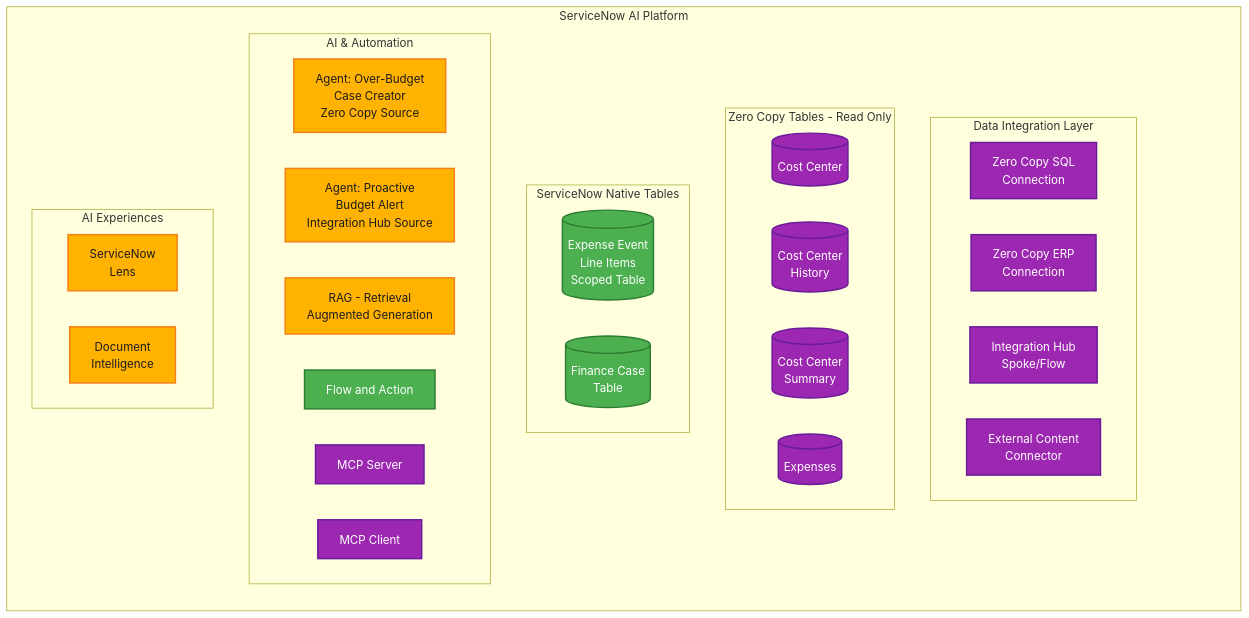
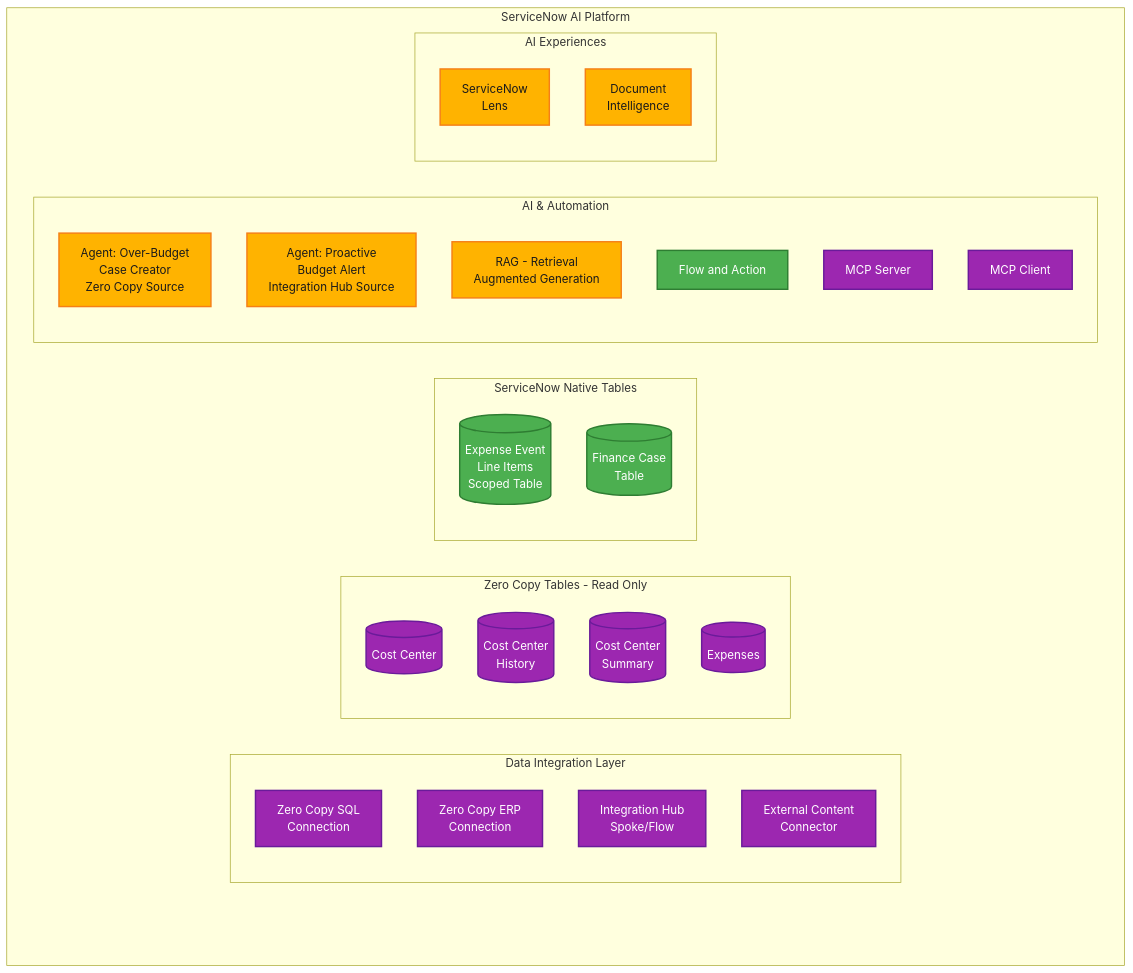
Before and after one commit to leojacinto/WorkflowDataFabric-TypeA: the third of 4 diagrams in data-and-flow-diagrams.md, drawn with Mermaid. The commit also changed other lines of this file, not shown here.

````diff
--- a/data-and-flow-diagrams.md
+++ b/data-and-flow-diagrams.md
@@ -61,55 +61,55 @@
 ```mermaid
-graph LR
+graph TB
     subgraph "ServiceNow AI Platform"
         spacer[ ]:::hidden
         subgraph "Data Integration Layer"
             ZeroCopySQL[Zero Copy SQL<br/>Connection]
             ZeroCopyERP[Zero Copy ERP<br/>Connection]
             IntHub[Integration Hub<br/>Spoke/Flow]
             ExtContent[External Content<br/>Connector]
         end
 
         subgraph "Zero Copy Tables - Read Only"
             ZCCC[(Cost Center)]
             ZCCH[(Cost Center</br>History)]
             ZCCS[(Cost Center</br>Summary)]
             ZCExp[(Expenses)]
         end
 
         subgraph "ServiceNow Native Tables"
             ExpenseTable[(Expense Event<br/>Line Items<br/>Scoped Table)]
             FinCase[(Finance Case<br/>Table)]
         end
 
 
         subgraph "AI & Automation"
             Agent1[Agent: Over-Budget<br/>Case Creator<br/>Zero Copy Source]
             Agent2[Agent: Proactive<br/>Budget Alert<br/>Integration Hub Source]
             RAG[RAG - Retrieval<br/>Augmented Generation]
             FlowAction[Flow and Action]
             MCP[MCP Server]
             MCPC[MCP Client]
         end
 
         subgraph "AI Experiences"
             Lens["ServiceNow</br>Lens"]
             DocIntel["Document</br>Intelligence"]
         end
     end
 
     %% Styling
     classDef external fill:#2196F3,stroke:#1565C0,stroke-width:2px,color:#fff
     classDef user fill:#F5F5F5,stroke:#616161,stroke-width:3px,color:#1a1a1a
     classDef nowassist fill:#FFB300,stroke:#F57F17,stroke-width:2px,color:#1a1a1a
     classDef platform fill:#4CAF50,stroke:#2E7D32,stroke-width:2px,color:#fff
     classDef wdf fill:#9C27B0,stroke:#6A1B9A,stroke-width:2px,color:#fff
     classDef hidden fill:none,stroke:none,color:transparent,font-size:0
 
     class ZeroCopySQL,ZeroCopyERP,IntHub,ExtContent wdf
     class ZCCC,ZCCH,ZCCS,ZCExp wdf
     class ExpenseTable,FinCase platform
     class FlowAction platform
     class Agent1,Agent2,RAG nowassist
     class MCP,MCPC wdf
     class Lens,DocIntel nowassist
 ```
````
